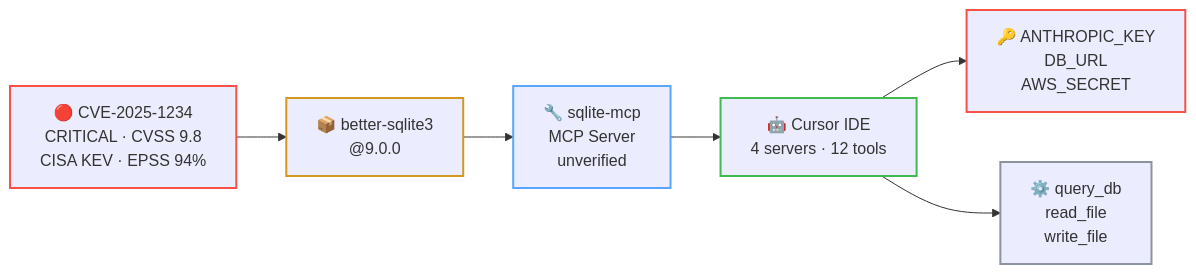
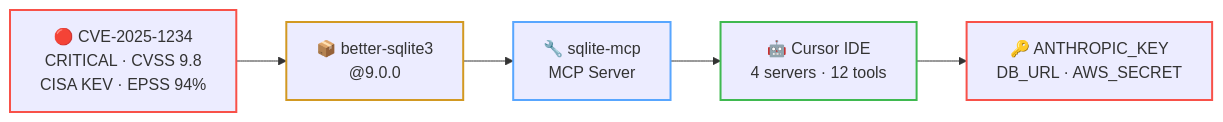
Before and after one commit to msaad00/agent-bom: the second of 2 diagrams in README.md, drawn with Mermaid. The commit also changed other lines of this file and 4 other files, not shown here.

````diff
--- a/README.md
+++ b/README.md
@@ -121,19 +83,16 @@
 ```mermaid
 flowchart LR
     CVE["🔴 CVE-2025-1234\nCRITICAL · CVSS 9.8\nCISA KEV · EPSS 94%"]
     PKG["📦 better-sqlite3\n@9.0.0"]
-    SRV["🔧 sqlite-mcp\nMCP Server\nunverified"]
+    SRV["🔧 sqlite-mcp\nMCP Server"]
     AGT["🤖 Cursor IDE\n4 servers · 12 tools"]
-    CRED["🔑 ANTHROPIC_KEY\nDB_URL\nAWS_SECRET"]
-    TOOL["⚙️ query_db\nread_file\nwrite_file"]
+    CRED["🔑 ANTHROPIC_KEY\nDB_URL · AWS_SECRET"]
 
     CVE --> PKG --> SRV --> AGT --> CRED
-    AGT --> TOOL
 
     style CVE stroke:#f85149,stroke-width:2px
     style PKG stroke:#d29922,stroke-width:2px
     style SRV stroke:#58a6ff,stroke-width:2px
     style AGT stroke:#3fb950,stroke-width:2px
     style CRED stroke:#f85149,stroke-width:2px
-    style TOOL stroke:#8b949e,stroke-width:2px
 ```
````
